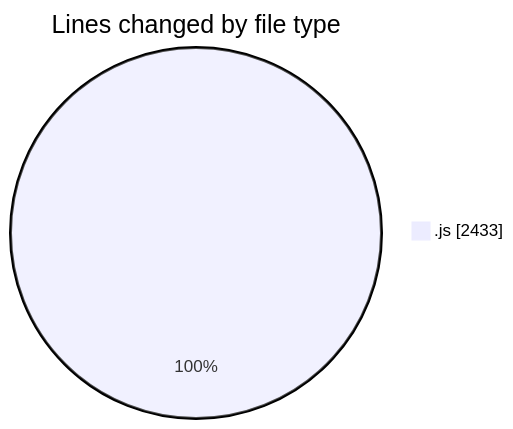
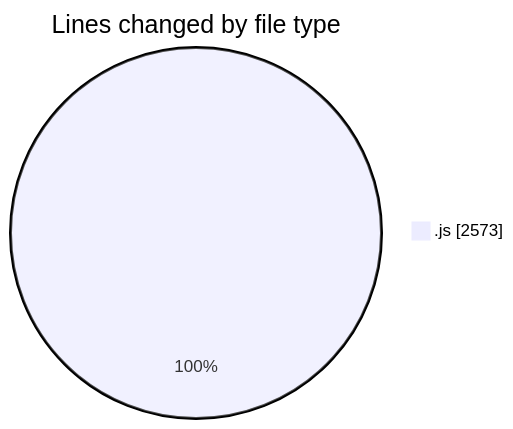
Before and after one commit to nxtqubesakshisongat/code-tracking: the first of 2 diagrams in 2025-10-15/nxtqube_webapp/README.md, drawn with Mermaid. The commit also changed other lines of this file and 1 other file, not shown here.

````diff
--- a/2025-10-15/nxtqube_webapp/README.md
+++ b/2025-10-15/nxtqube_webapp/README.md
@@ -20,5 +21,5 @@
 ```mermaid
 pie showData
 title Lines changed by file type
-".js" : 2433
+".js" : 2573
 ```
````
